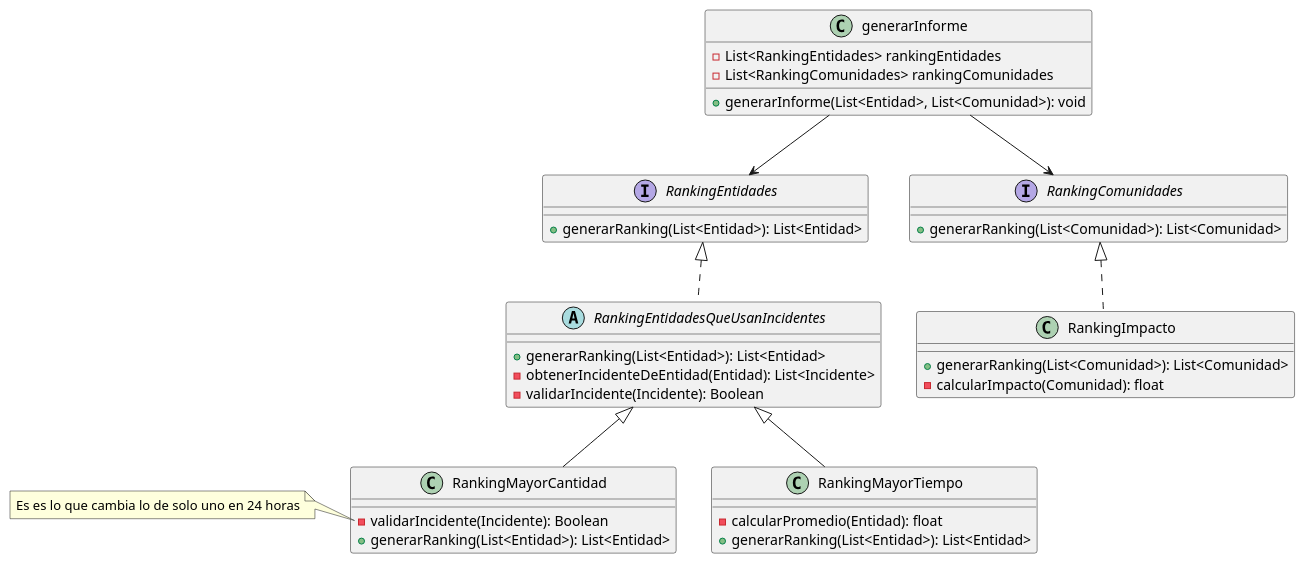
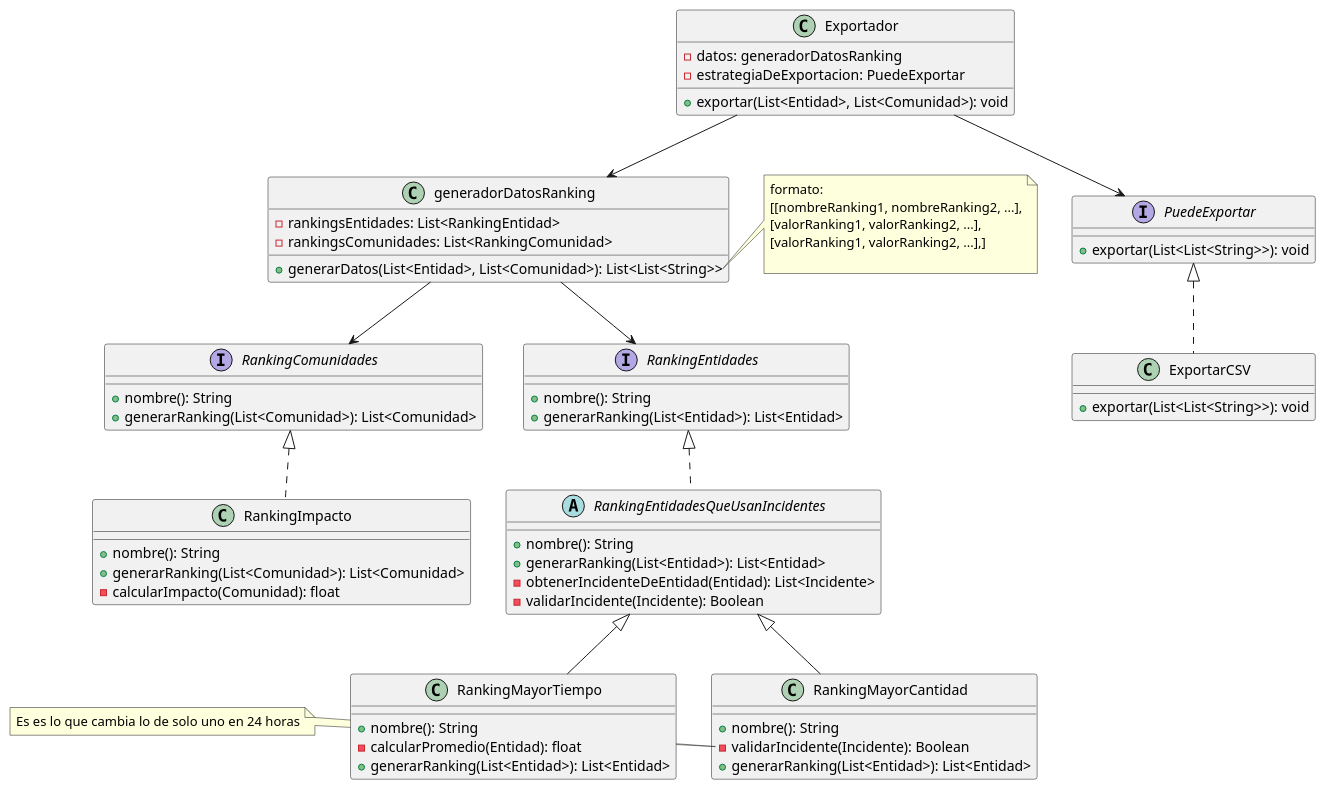
The diagram in Entregables/DiagramaRankings.wsd (AndyTrias/comunidades-apoyo-movilidad-reducida-), drawn with PlantUML before and after one commit. The commit also changed 1 other file, not shown here.

Commit message:
diagrama de clases ranking

```diff
--- a/Entregables/DiagramaRankings.wsd
+++ b/Entregables/DiagramaRankings.wsd
@@ -1,54 +1,88 @@
 @startuml GenerarRankings
 
 
 
 abstract RankingEntidadesQueUsanIncidentes implements RankingEntidades{
+    + nombre(): String
     + generarRanking(List<Entidad>): List<Entidad>
     - obtenerIncidenteDeEntidad(Entidad): List<Incidente>
     - validarIncidente(Incidente): Boolean
 }
 
 class RankingMayorCantidad extends RankingEntidadesQueUsanIncidentes {
+    + nombre(): String
     - validarIncidente(Incidente): Boolean 
     + generarRanking(List<Entidad>): List<Entidad>
 }
 
 note left of RankingMayorCantidad::validarIncidente
     Es es lo que cambia lo de solo uno en 24 horas
 end note
 
 
 
 class RankingMayorTiempo extends RankingEntidadesQueUsanIncidentes {
+    + nombre(): String
     - calcularPromedio(Entidad): float
     + generarRanking(List<Entidad>): List<Entidad>
 }
 
 class RankingImpacto implements RankingComunidades {
+    + nombre(): String
     + generarRanking(List<Comunidad>): List<Comunidad>
     - calcularImpacto(Comunidad): float
 }
 
 interface RankingEntidades {
+    + nombre(): String
     + generarRanking(List<Entidad>): List<Entidad>
 }
 
 interface RankingComunidades {
+    + nombre(): String 
     + generarRanking(List<Comunidad>): List<Comunidad>
 }
 
-class generarInforme{
+class generadorDatosRanking {
+
+    - rankingsEntidades: List<RankingEntidad>
+    - rankingsComunidades: List<RankingComunidad>
+
+    + generarDatos(List<Entidad>, List<Comunidad>): List<List<String>>
+    
+}
+
+note left of generadorDatosRanking::generarDatos
+    formato: 
+    [[nombreRanking1, nombreRanking2, ...],
+    [valorRanking1, valorRanking2, ...],
+    [valorRanking1, valorRanking2, ...],]
+
+end note
 
 
-    - List<RankingEntidades> rankingEntidades
-    - List<RankingComunidades> rankingComunidades
 
+class Exportador {
 
-    + generarInforme(List<Entidad>, List<Comunidad>): void
+    - datos: generadorDatosRanking
+    - estrategiaDeExportacion: PuedeExportar
+
+    + exportar(List<Entidad>, List<Comunidad>): void
+
 }
 
-generarInforme-->RankingEntidades
-generarInforme-->RankingComunidades
+interface PuedeExportar {
+    + exportar(List<List<String>>): void
+}
+
+class ExportarCSV implements PuedeExportar {
+    + exportar(List<List<String>>): void
+}
+
+Exportador --> PuedeExportar
+Exportador --> generadorDatosRanking
+generadorDatosRanking-->RankingEntidades
+generadorDatosRanking-->RankingComunidades
 
 
 @enduml
```
